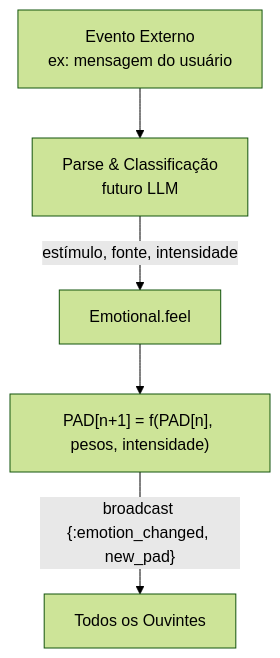
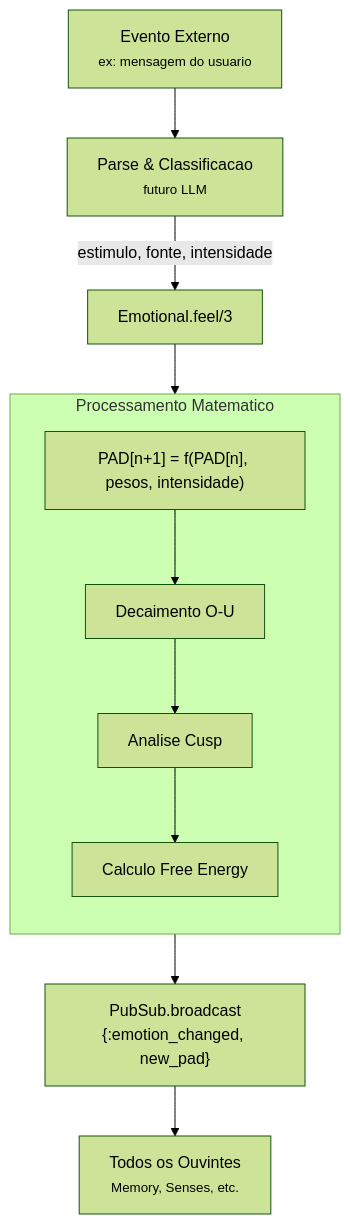
Before and after one commit to gabrielmaialva33/viva: the fourth of 5 diagrams in docs/pt-br/explanation/architecture.md, drawn with Mermaid (forest theme). The commit also changed other lines of this file and 4 other files, not shown here.

````diff
--- a/docs/pt-br/explanation/architecture.md
+++ b/docs/pt-br/explanation/architecture.md
@@ -128,13 +226,26 @@
 ```mermaid
 flowchart TD
-    Event[Evento Externo<br/>ex: mensagem do usuário]
-    Parse[Parse & Classificação<br/>futuro LLM]
-    Feel[Emotional.feel]
-    Math["PAD[n+1] = f(PAD[n], pesos, intensidade)"]
-    Listeners[Todos os Ouvintes]
+    Event["Evento Externo<br/><small>ex: mensagem do usuario</small>"]
+    Parse["Parse & Classificacao<br/><small>futuro LLM</small>"]
+    Feel["Emotional.feel/3"]
+
+    subgraph Matematica["Processamento Matematico"]
+        direction TB
+        PAD_Update["PAD[n+1] = f(PAD[n], pesos, intensidade)"]
+        OU["Decaimento O-U"]
+        Cusp["Analise Cusp"]
+        FE["Calculo Free Energy"]
+    end
+
+    Broadcast["PubSub.broadcast<br/>{:emotion_changed, new_pad}"]
+    Listeners["Todos os Ouvintes<br/><small>Memory, Senses, etc.</small>"]
 
     Event --> Parse
-    Parse -->|"estímulo, fonte, intensidade"| Feel
-    Feel --> Math
-    Math -->|"broadcast {:emotion_changed, new_pad}"| Listeners
+    Parse -->|"estimulo, fonte, intensidade"| Feel
+    Feel --> PAD_Update
+    PAD_Update --> OU
+    OU --> Cusp
+    Cusp --> FE
+    FE --> Broadcast
+    Broadcast --> Listeners
 ```
````
